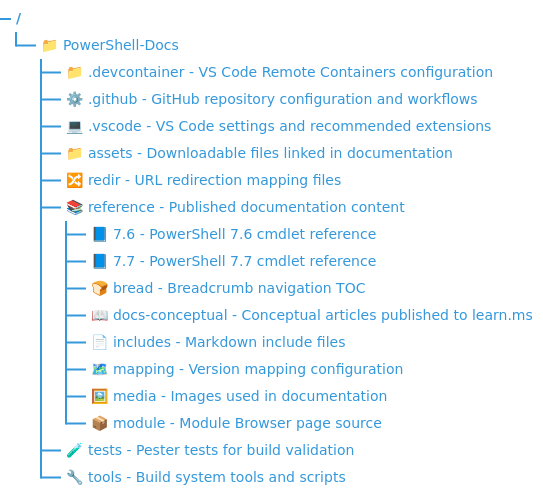
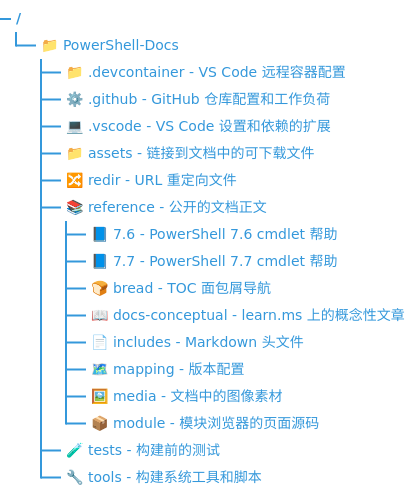
Before and after one commit to miaobobo0813/PowerShell-Docs-zh_CN: the diagram in README.md, drawn with Mermaid. The commit also changed other lines of this file and 2 other files, not shown here.

Commit message:
Swap Chinese and English version of README's filename.

````diff
--- a/README.md
+++ b/README.md
@@ -26,31 +26,31 @@
 ```mermaid
 ---
 config:
     treeView:
         rowIndent: 20
         lineThickness: 2
     themeVariables:
         treeView:
             labelFontSize: '14px'
             labelColor: '#3498DB'
             lineColor: '#3498DB'
 ---
 treeView-beta
     "📁 PowerShell-Docs"
-        "📁 .devcontainer - VS Code Remote Containers configuration"
-        "⚙️ .github - GitHub repository configuration and workflows"
-        "💻 .vscode - VS Code settings and recommended extensions"
-        "📁 assets - Downloadable files linked in documentation"
-        "🔀 redir - URL redirection mapping files"
-        "📚 reference - Published documentation content"
-            "📘 7.6 - PowerShell 7.6 cmdlet reference"
-            "📘 7.7 - PowerShell 7.7 cmdlet reference"
-            "🍞 bread - Breadcrumb navigation TOC"
-            "📖 docs-conceptual - Conceptual articles published to learn.ms"
-            "📄 includes - Markdown include files"
-            "🗺️ mapping - Version mapping configuration"
-            "🖼️ media - Images used in documentation"
-            "📦 module - Module Browser page source"
-        "🧪 tests - Pester tests for build validation"
-        "🔧 tools - Build system tools and scripts"
+        "📁 .devcontainer - VS Code 远程容器配置"
+        "⚙️ .github - GitHub 仓库配置和工作负荷"
+        "💻 .vscode - VS Code 设置和依赖的扩展"
+        "📁 assets - 链接到文档中的可下载文件"
+        "🔀 redir - URL 重定向文件"
+        "📚 reference - 公开的文档正文"
+            "📘 7.6 - PowerShell 7.6 cmdlet 帮助"
+            "📘 7.7 - PowerShell 7.7 cmdlet 帮助"
+            "🍞 bread - TOC 面包屑导航"
+            "📖 docs-conceptual - learn.ms 上的概念性文章"
+            "📄 includes - Markdown 头文件"
+            "🗺️ mapping - 版本配置"
+            "🖼️ media - 文档中的图像素材"
+            "📦 module - 模块浏览器的页面源码"
+        "🧪 tests - 构建前的测试"
+        "🔧 tools - 构建系统工具和脚本"
 ```
````
